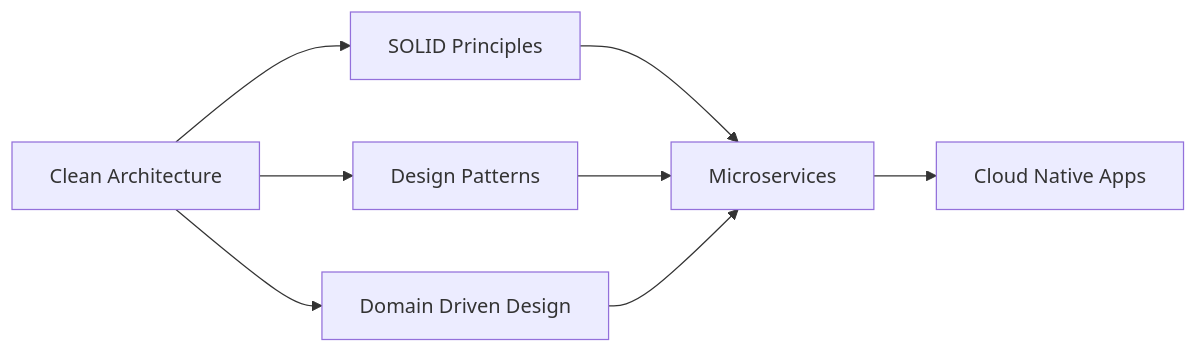
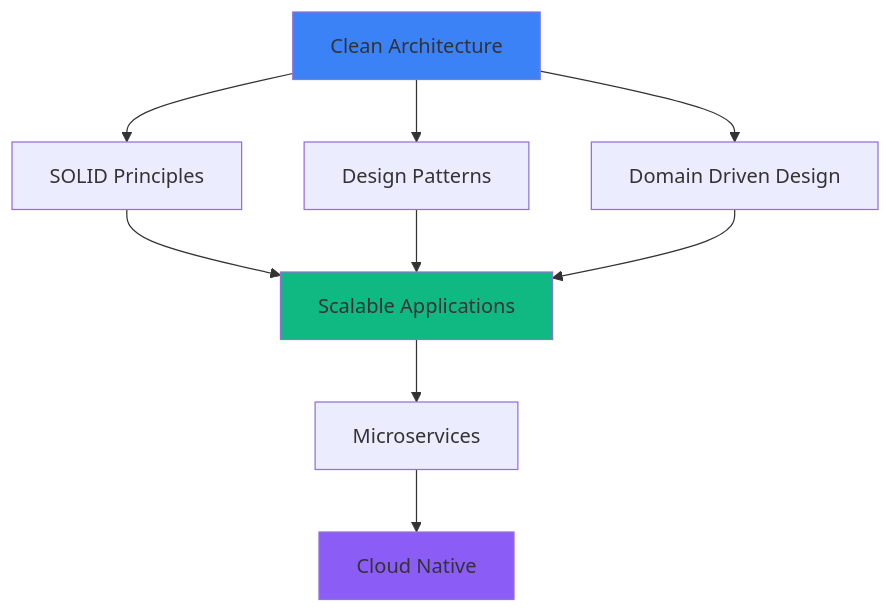
One commit to Lostovayne/Lostovayne changed the diagram in README.md. Above: the diagram before and after it, drawn with Mermaid. The commit also changed other lines of this file, not shown here.

````diff
--- a/README.md
+++ b/README.md
@@ -72,10 +79,14 @@
 ```mermaid
-graph LR
+graph TB
     A[Clean Architecture] --> B[SOLID Principles]
     A --> C[Design Patterns]
     A --> D[Domain Driven Design]
-    B --> E[Microservices]
+    B --> E[Scalable Applications]
     C --> E
     D --> E
-    E --> F[Cloud Native Apps]
+    E --> F[Microservices]
+    F --> G[Cloud Native]
+    style A fill:#3B82F6
+    style E fill:#10B981
+    style G fill:#8B5CF6
 ```
````
